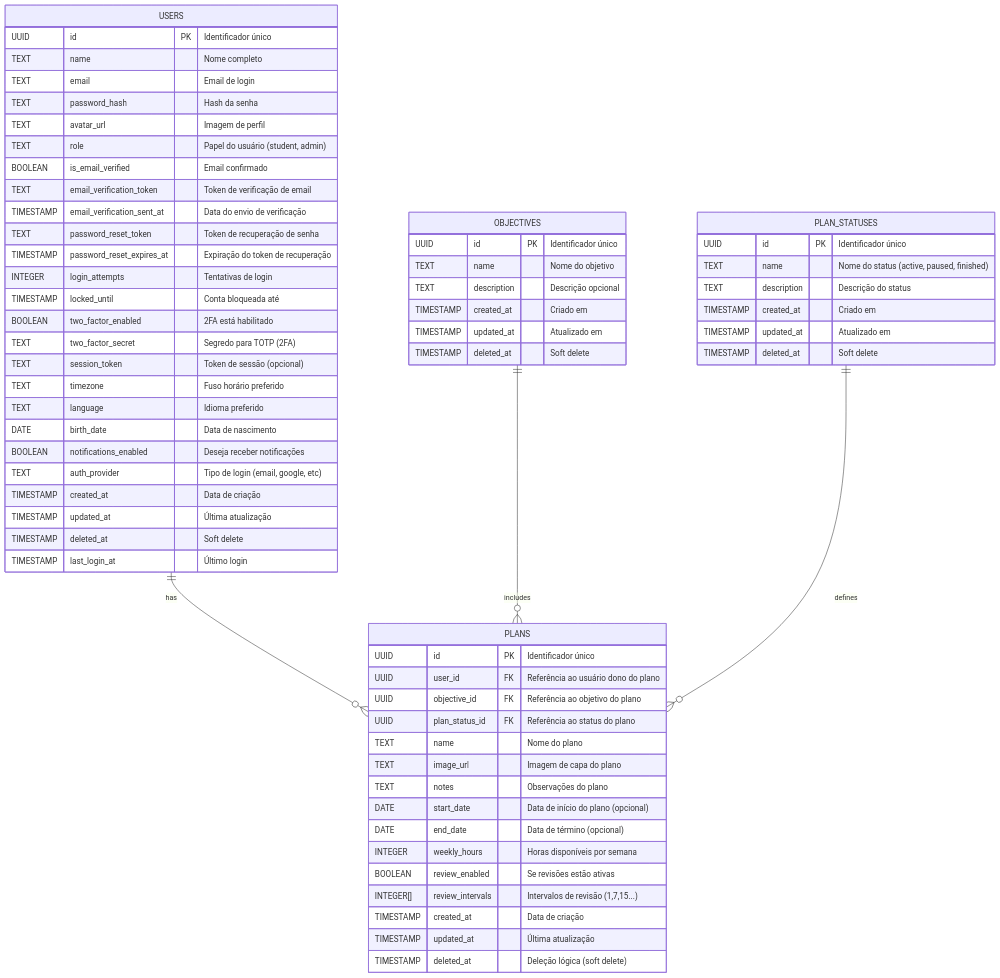
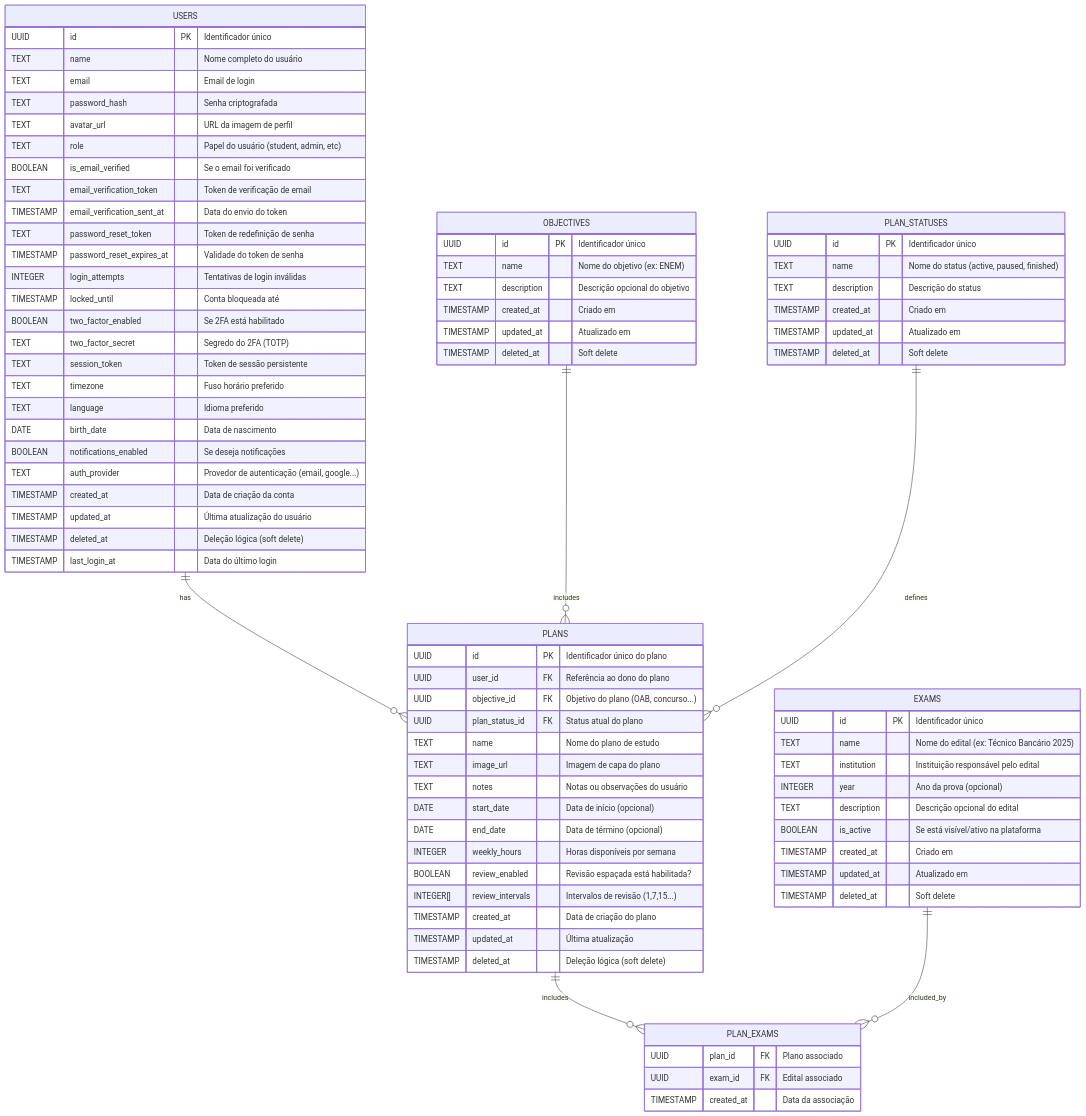
The diagram in README.md (felipesantoos/oestudador), drawn with Mermaid before and after one commit.

Commit message:
Add EXAMS and PLAN_EXAMS

````diff
--- a/README.md
+++ b/README.md
@@ -3,57 +3,59 @@
     USERS ||--o{ PLANS : has
     OBJECTIVES ||--o{ PLANS : includes
     PLAN_STATUSES ||--o{ PLANS : defines
+    PLANS ||--o{ PLAN_EXAMS : includes
+    EXAMS ||--o{ PLAN_EXAMS : included_by
 
     USERS {
         UUID id PK "Identificador único"
-        TEXT name "Nome completo"
+        TEXT name "Nome completo do usuário"
         TEXT email "Email de login"
-        TEXT password_hash "Hash da senha"
-        TEXT avatar_url "Imagem de perfil"
-        TEXT role "Papel do usuário (student, admin)"
-        BOOLEAN is_email_verified "Email confirmado"
+        TEXT password_hash "Senha criptografada"
+        TEXT avatar_url "URL da imagem de perfil"
+        TEXT role "Papel do usuário (student, admin, etc)"
+        BOOLEAN is_email_verified "Se o email foi verificado"
         TEXT email_verification_token "Token de verificação de email"
-        TIMESTAMP email_verification_sent_at "Data do envio de verificação"
-        TEXT password_reset_token "Token de recuperação de senha"
-        TIMESTAMP password_reset_expires_at "Expiração do token de recuperação"
-        INTEGER login_attempts "Tentativas de login"
+        TIMESTAMP email_verification_sent_at "Data do envio do token"
+        TEXT password_reset_token "Token de redefinição de senha"
+        TIMESTAMP password_reset_expires_at "Validade do token de senha"
+        INTEGER login_attempts "Tentativas de login inválidas"
         TIMESTAMP locked_until "Conta bloqueada até"
-        BOOLEAN two_factor_enabled "2FA está habilitado"
-        TEXT two_factor_secret "Segredo para TOTP (2FA)"
-        TEXT session_token "Token de sessão (opcional)"
+        BOOLEAN two_factor_enabled "Se 2FA está habilitado"
+        TEXT two_factor_secret "Segredo do 2FA (TOTP)"
+        TEXT session_token "Token de sessão persistente"
         TEXT timezone "Fuso horário preferido"
         TEXT language "Idioma preferido"
         DATE birth_date "Data de nascimento"
-        BOOLEAN notifications_enabled "Deseja receber notificações"
-        TEXT auth_provider "Tipo de login (email, google, etc)"
-        TIMESTAMP created_at "Data de criação"
-        TIMESTAMP updated_at "Última atualização"
-        TIMESTAMP deleted_at "Soft delete"
-        TIMESTAMP last_login_at "Último login"
+        BOOLEAN notifications_enabled "Se deseja notificações"
+        TEXT auth_provider "Provedor de autenticação (email, google...)"
+        TIMESTAMP created_at "Data de criação da conta"
+        TIMESTAMP updated_at "Última atualização do usuário"
+        TIMESTAMP deleted_at "Deleção lógica (soft delete)"
+        TIMESTAMP last_login_at "Data do último login"
     }
 
     PLANS {
-        UUID id PK "Identificador único"
-        UUID user_id FK "Referência ao usuário dono do plano"
-        UUID objective_id FK "Referência ao objetivo do plano"
-        UUID plan_status_id FK "Referência ao status do plano"
-        TEXT name "Nome do plano"
+        UUID id PK "Identificador único do plano"
+        UUID user_id FK "Referência ao dono do plano"
+        UUID objective_id FK "Objetivo do plano (OAB, concurso...)"
+        UUID plan_status_id FK "Status atual do plano"
+        TEXT name "Nome do plano de estudo"
         TEXT image_url "Imagem de capa do plano"
-        TEXT notes "Observações do plano"
-        DATE start_date "Data de início do plano (opcional)"
+        TEXT notes "Notas ou observações do usuário"
+        DATE start_date "Data de início (opcional)"
         DATE end_date "Data de término (opcional)"
         INTEGER weekly_hours "Horas disponíveis por semana"
-        BOOLEAN review_enabled "Se revisões estão ativas"
+        BOOLEAN review_enabled "Revisão espaçada está habilitada?"
         INTEGER[] review_intervals "Intervalos de revisão (1,7,15...)"
-        TIMESTAMP created_at "Data de criação"
+        TIMESTAMP created_at "Data de criação do plano"
         TIMESTAMP updated_at "Última atualização"
         TIMESTAMP deleted_at "Deleção lógica (soft delete)"
     }
 
     OBJECTIVES {
         UUID id PK "Identificador único"
-        TEXT name "Nome do objetivo"
-        TEXT description "Descrição opcional"
+        TEXT name "Nome do objetivo (ex: ENEM)"
+        TEXT description "Descrição opcional do objetivo"
         TIMESTAMP created_at "Criado em"
         TIMESTAMP updated_at "Atualizado em"
         TIMESTAMP deleted_at "Soft delete"
@@ -68,4 +70,21 @@
         TIMESTAMP deleted_at "Soft delete"
     }
 
+    EXAMS {
+        UUID id PK "Identificador único"
+        TEXT name "Nome do edital (ex: Técnico Bancário 2025)"
+        TEXT institution "Instituição responsável pelo edital"
+        INTEGER year "Ano da prova (opcional)"
+        TEXT description "Descrição opcional do edital"
+        BOOLEAN is_active "Se está visível/ativo na plataforma"
+        TIMESTAMP created_at "Criado em"
+        TIMESTAMP updated_at "Atualizado em"
+        TIMESTAMP deleted_at "Soft delete"
+    }
+
+    PLAN_EXAMS {
+        UUID plan_id FK "Plano associado"
+        UUID exam_id FK "Edital associado"
+        TIMESTAMP created_at "Data da associação"
+    }
 ```
````
